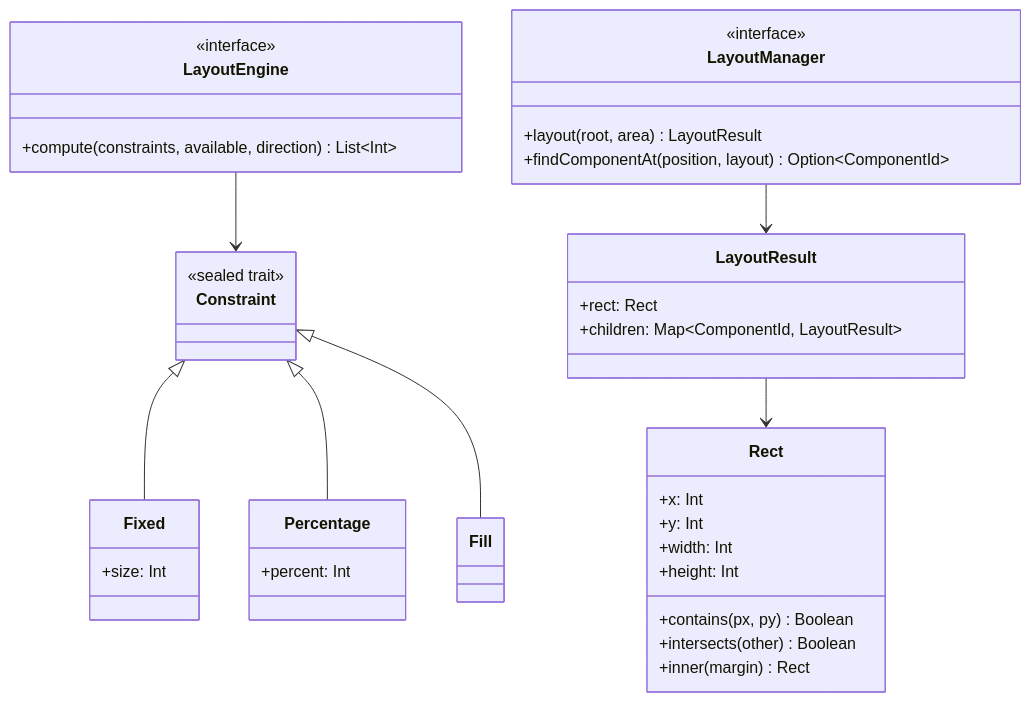
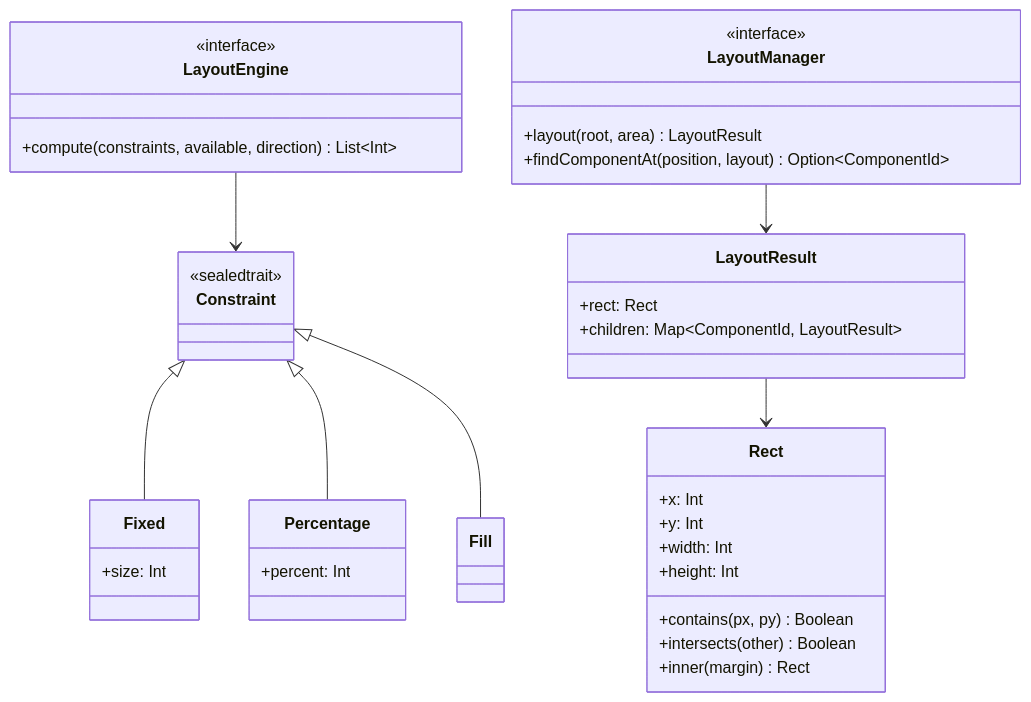
Before and after one commit to WickedSik/ws-console: the sixth of 26 diagrams in docs/terminal-architecture.md, drawn with Mermaid. The commit also changed other lines of this file and 7 other files, not shown here.

````diff
--- a/docs/terminal-architecture.md
+++ b/docs/terminal-architecture.md
@@ -372,50 +394,50 @@
 ```mermaid
 classDiagram
     class Rect {
         +x: Int
         +y: Int
         +width: Int
         +height: Int
         +contains(px, py) Boolean
         +intersects(other) Boolean
         +inner(margin) Rect
     }
 
     class Constraint {
-        <<sealed trait>>
-    }
+<<sealedtrait>>
+}
 
-    class Fixed {
-        +size: Int
-    }
+class Fixed {
++size: Int
+}
 
-    class Percentage {
-        +percent: Int
-    }
+class Percentage {
++percent: Int
+}
 
-    class Fill {
-    }
+class Fill { 
+ }
 
-    class LayoutEngine {
-        <<interface>>
-        +compute(constraints, available, direction) List~Int~
-    }
+class LayoutEngine {
+<<interface>>
++compute(constraints, available, direction) List~Int~
+}
 
-    class LayoutManager {
-        <<interface>>
-        +layout(root, area) LayoutResult
-        +findComponentAt(position, layout) Option~ComponentId~
-    }
+class LayoutManager {
+<<interface>>
++layout(root, area) LayoutResult
++findComponentAt(position, layout) Option~ComponentId~
+}
 
-    class LayoutResult {
-        +rect: Rect
-        +children: Map~ComponentId, LayoutResult~
-    }
+class LayoutResult {
++rect: Rect
++children: Map~ComponentId, LayoutResult~
+}
 
-    Constraint <|-- Fixed
-    Constraint <|-- Percentage
-    Constraint <|-- Fill
-    LayoutEngine --> Constraint
-    LayoutManager --> LayoutResult
-    LayoutResult --> Rect
+Constraint <|-- Fixed
+Constraint <|-- Percentage
+Constraint <|-- Fill
+LayoutEngine --> Constraint
+LayoutManager --> LayoutResult
+LayoutResult --> Rect
 ```
````
